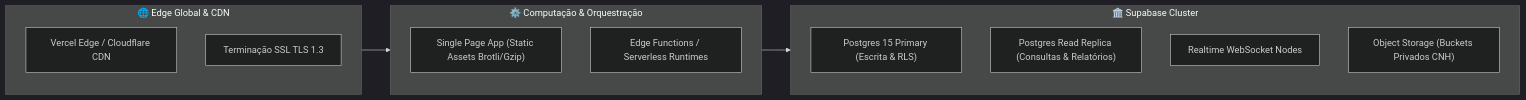
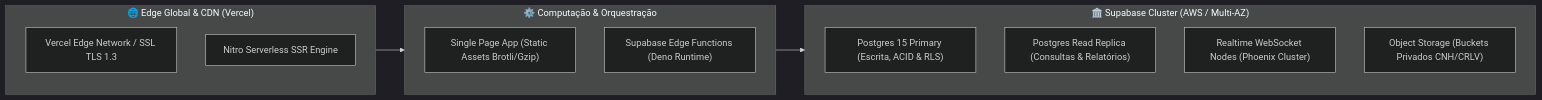
The second of 2 diagrams in documentacao/02_STACK_TECNOLOGICA_E_INFRAESTRUTURA.md (RG-Thec/Partiu), drawn with Mermaid (dark theme) before and after one commit. The commit also changed other lines of this file and 18 other files, not shown here.

````diff
--- a/documentacao/02_STACK_TECNOLOGICA_E_INFRAESTRUTURA.md
+++ b/documentacao/02_STACK_TECNOLOGICA_E_INFRAESTRUTURA.md
@@ -94,22 +103,22 @@
 ```mermaid
 flowchart LR
-    subgraph CDN_Edge ["🌐 Edge Global & CDN"]
-        VercelEdge["Vercel Edge / Cloudflare CDN"]
-        SSL["Terminação SSL TLS 1.3"]
+    subgraph CDN_Edge ["🌐 Edge Global & CDN (Vercel)"]
+        VercelEdge["Vercel Edge Network / SSL TLS 1.3"]
+        NitroSSR["Nitro Serverless SSR Engine"]
     end
 
     subgraph Compute ["⚙️ Computação & Orquestração"]
         SPA["Single Page App (Static Assets Brotli/Gzip)"]
-        EdgeAPI["Edge Functions / Serverless Runtimes"]
+        EdgeAPI["Supabase Edge Functions (Deno Runtime)"]
     end
 
-    subgraph DataCore ["🏛️ Supabase Cluster"]
-        PGPrimary["Postgres 15 Primary (Escrita & RLS)"]
+    subgraph DataCore ["🏛️ Supabase Cluster (AWS / Multi-AZ)"]
+        PGPrimary["Postgres 15 Primary (Escrita, ACID & RLS)"]
         PGReplica["Postgres Read Replica (Consultas & Relatórios)"]
-        RealtimeCluster["Realtime WebSocket Nodes"]
-        S3Bucket["Object Storage (Buckets Privados CNH)"]
+        RealtimeCluster["Realtime WebSocket Nodes (Phoenix Cluster)"]
+        S3Bucket["Object Storage (Buckets Privados CNH/CRLV)"]
     end
 
     CDN_Edge --> Compute
     Compute --> DataCore
 ```
````
